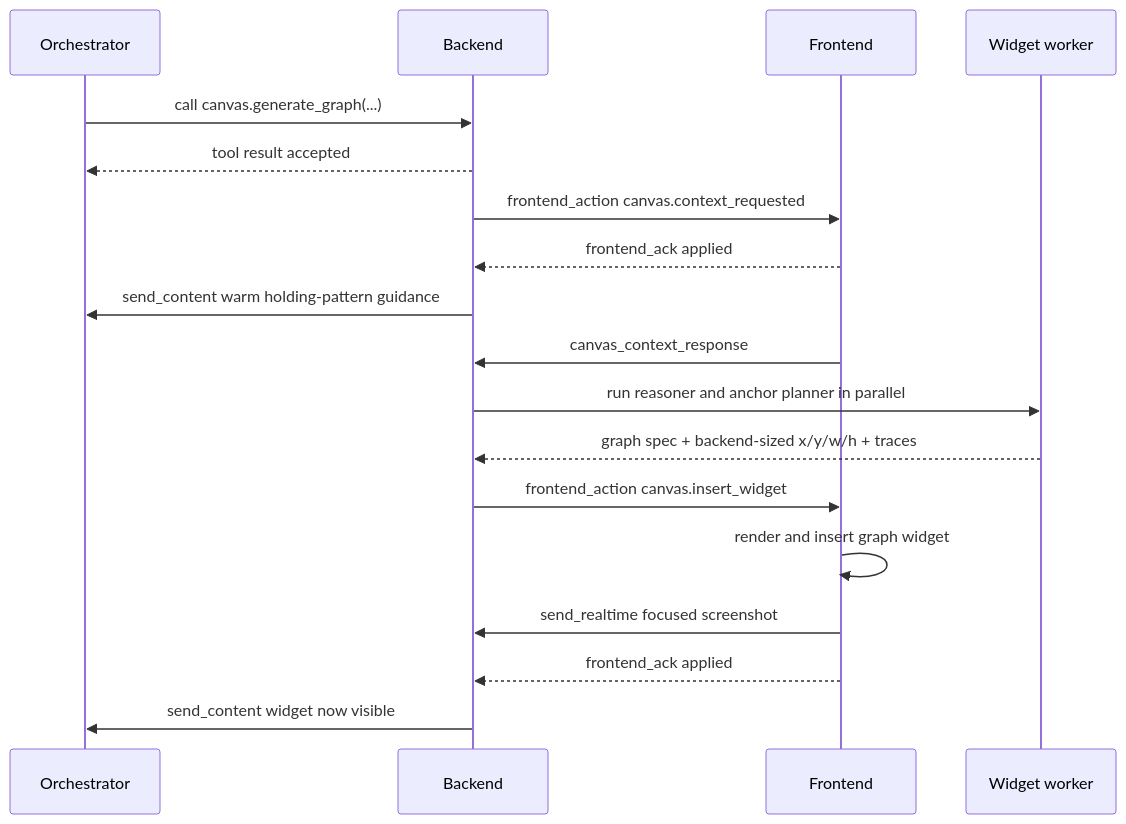
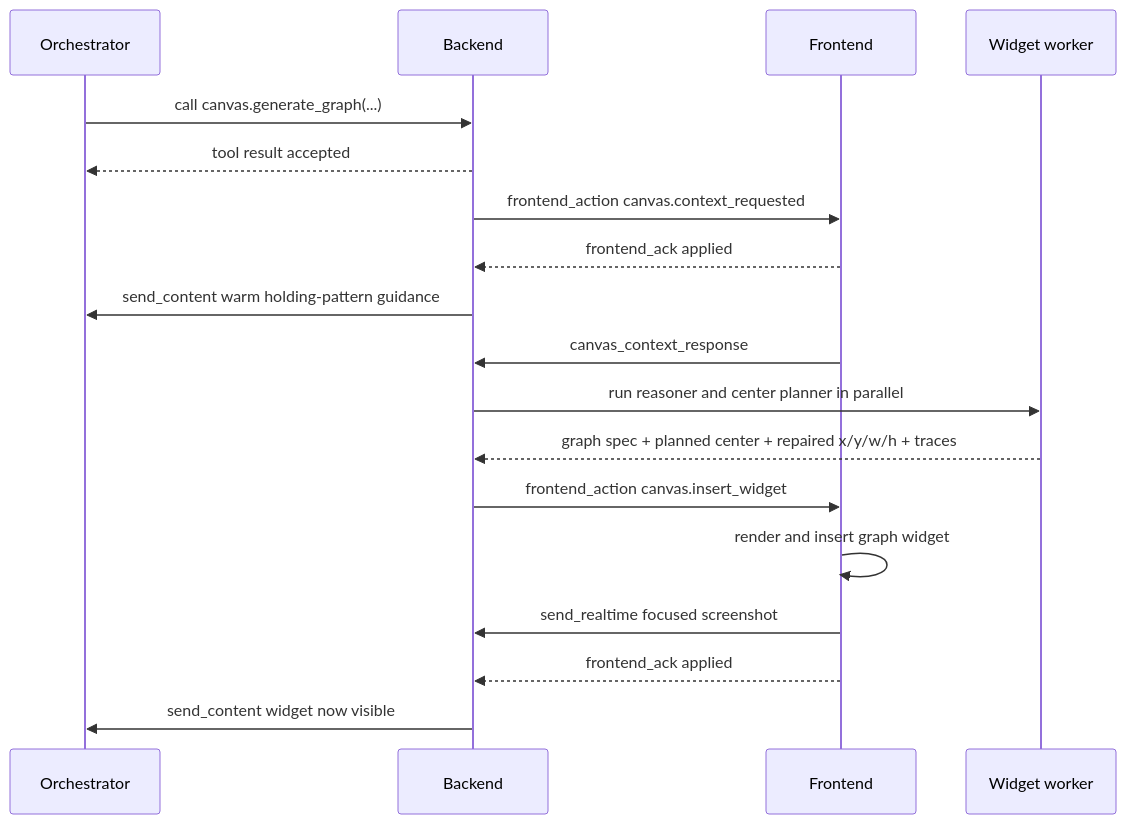
The fourth of 9 diagrams in docs/thinkspace-end-to-end-technical-architecture.md (trishulam/ThinkSpace), drawn with Mermaid before and after one commit. The commit also changed other lines of this file and 11 other files, not shown here.

````diff
--- a/docs/thinkspace-end-to-end-technical-architecture.md
+++ b/docs/thinkspace-end-to-end-technical-architecture.md
@@ -981,21 +983,21 @@
 ```mermaid
 sequenceDiagram
     participant O as Orchestrator
     participant B as Backend
     participant F as Frontend
     participant W as Widget worker
 
     O->>B: call canvas.generate_graph(...)
     B-->>O: tool result accepted
     B->>F: frontend_action canvas.context_requested
     F-->>B: frontend_ack applied
     B->>O: send_content warm holding-pattern guidance
     F->>B: canvas_context_response
-    B->>W: run reasoner and anchor planner in parallel
-    W-->>B: graph spec + backend-sized x/y/w/h + traces
+    B->>W: run reasoner and center planner in parallel
+    W-->>B: graph spec + planned center + repaired x/y/w/h + traces
     B->>F: frontend_action canvas.insert_widget
     F->>F: render and insert graph widget
     F->>B: send_realtime focused screenshot
     F-->>B: frontend_ack applied
     B->>O: send_content widget now visible
 ```
````
